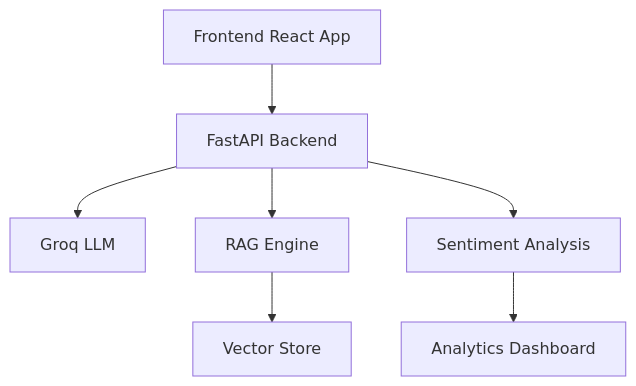
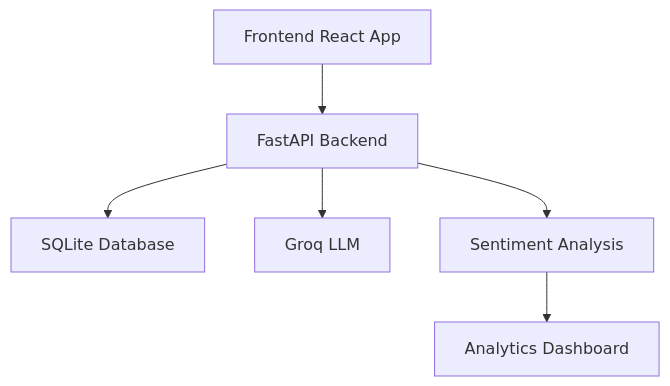
One commit to Rohit-Yadav-47/Kynnovate changed the diagram in README.md. Above: the diagram before and after it, drawn with Mermaid. The commit also changed other lines of this file, not shown here.

````diff
--- a/README.md
+++ b/README.md
@@ -225,9 +293,8 @@
 ```mermaid
 graph TD
     A[Frontend React App] --> B[FastAPI Backend]
-    B --> C[Groq LLM]
-    B --> D[RAG Engine]
+    B --> C[SQLite Database]
+    B --> D[Groq LLM]
     B --> E[Sentiment Analysis]
-    D --> F[Vector Store]
-    E --> G[Analytics Dashboard]
+    E --> F[Analytics Dashboard]
 ```
````
